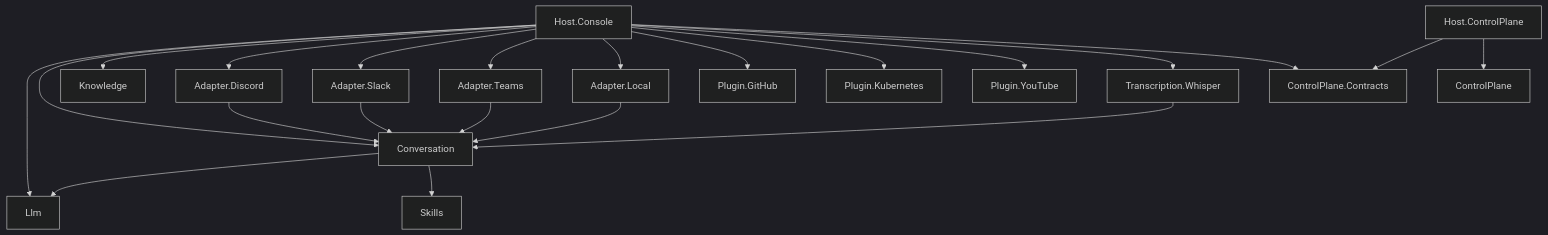
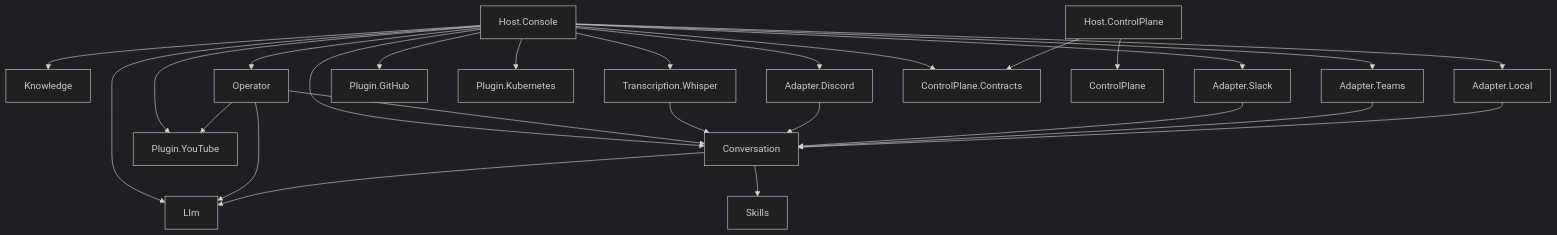
One commit to vitorafgomes/scout changed the diagram in vault/pages/architecture/project-map.md. Above: the diagram before and after it, drawn with Mermaid (dark theme). The commit also changed other lines of this file and 149 other files, not shown here.

````diff
--- a/vault/pages/architecture/project-map.md
+++ b/vault/pages/architecture/project-map.md
@@ -41,24 +42,28 @@
 ```mermaid
 flowchart TD
     HC[Host.Console] --> Llm
     HC --> Conversation
     HC --> Knowledge
     HC --> Discord[Adapter.Discord]
     HC --> Slack[Adapter.Slack]
     HC --> Teams[Adapter.Teams]
     HC --> Local[Adapter.Local]
     HC --> GH[Plugin.GitHub]
     HC --> K8S[Plugin.Kubernetes]
     HC --> YT[Plugin.YouTube]
+    HC --> Op[Operator]
+    Op --> Llm
+    Op --> Conversation
+    Op --> YT
     HC --> Whisper[Transcription.Whisper]
     HC --> Contracts[ControlPlane.Contracts]
     Whisper --> Conversation
     Conversation --> Llm
     Conversation --> Skills
     Discord --> Conversation
     Slack --> Conversation
     Teams --> Conversation
     Local --> Conversation
     HCP[Host.ControlPlane] --> Contracts[ControlPlane.Contracts]
     HCP --> CP[ControlPlane]
 ```
````
